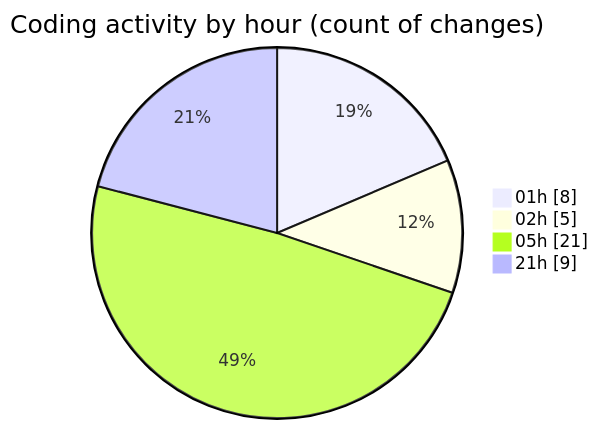
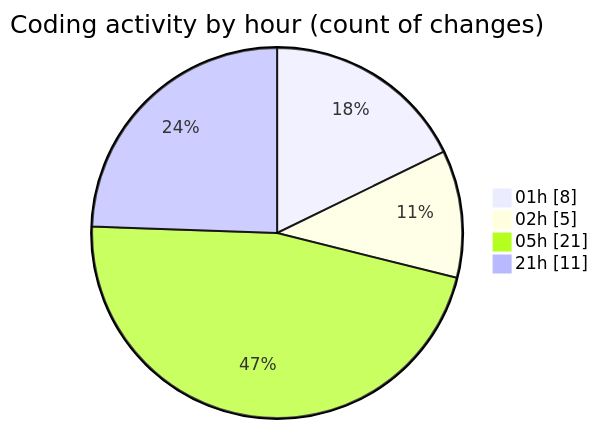
Before and after one commit to julien-gomy/code-tracking: the second of 2 diagrams in 2025-11-21/eventscop-api-guide__workspace_/README.md, drawn with Mermaid. The commit also changed other lines of this file and 1 other file, not shown here.

````diff
--- a/2025-11-21/eventscop-api-guide__workspace_/README.md
+++ b/2025-11-21/eventscop-api-guide__workspace_/README.md
@@ -43,8 +44,8 @@
 ```mermaid
 pie showData
 title Coding activity by hour (count of changes)
 "01h" : 8
 "02h" : 5
 "05h" : 21
-"21h" : 9
+"21h" : 11
 ```
````
